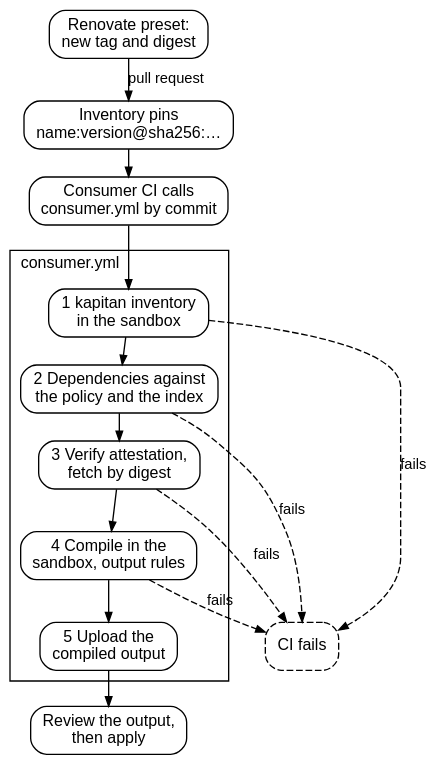
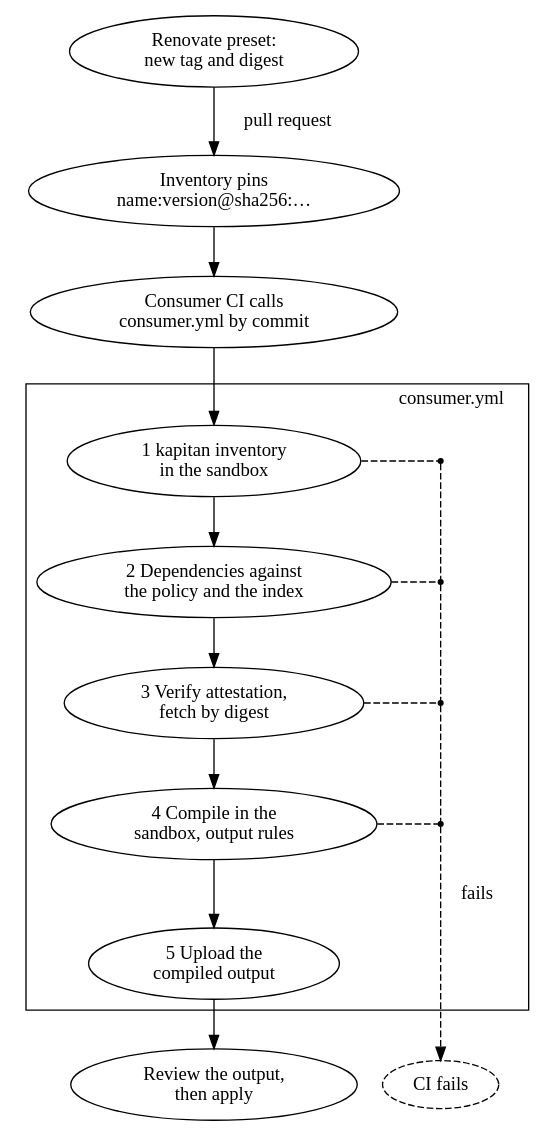
One commit to kadet-hub/registry changed the diagram in catalog/site/assets/diagrams/consuming.dot. Above: the diagram before and after it, drawn with Graphviz. The commit also changed 39 other files, not shown here.

First line of the commit message:
feat(catalog): Harbour head bands, spot drawings and diagrams on the inner pages

```diff
--- a/catalog/site/assets/diagrams/consuming.dot
+++ b/catalog/site/assets/diagrams/consuming.dot
@@ -1,33 +1,37 @@
-// CAT-35: using a generator. Rendered with Graphviz 14.1.4; ./render regenerates consuming.svg.
+// CAT-35: using a generator. Rendered with Graphviz 16.1.1; ./render sets the look the six diagrams share and regenerates consuming.svg.
 digraph consuming {
-  bgcolor=transparent; nodesep=0.3; ranksep=0.28;
-  fontname="Helvetica,Arial,sans-serif"; fontsize=12; labeljust=l;
-  node [shape=box style=rounded fontname="Helvetica,Arial,sans-serif" fontsize=12 margin="0.12,0.05"];
-  edge [fontname="Helvetica,Arial,sans-serif" fontsize=11 arrowsize=0.7];
-
+  node [group="flow"];
   renovate [label="Renovate preset:\nnew tag and digest"];
   entry [label="Inventory pins\nname:version@sha256:…"];
-  renovate -> entry [label="pull request"];
+  renovate -> entry [label="   pull request   "];
   ci [label="Consumer CI calls\nconsumer.yml by commit"];
   entry -> ci;
 
   subgraph cluster_workflow {
-    label="consumer.yml";
+    label="consumer.yml"; labeljust=r;
     inventory [label="1 kapitan inventory\nin the sandbox"];
     deps [label="2 Dependencies against\nthe policy and the index"];
-    fetch [label="3 Verify attestation,\nfetch by digest"];
+    fetch [label="3 Verify attestation,\nfetch by digest" class="ok"];
     compile [label="4 Compile in the\nsandbox, output rules"];
     upload [label="5 Upload the\ncompiled output"];
     inventory -> deps -> fetch -> compile -> upload;
+
+    // one line collects the failure of every step and leaves the workflow at its end
+    node [group="fails" shape=point width=0.05 class="fail"];
+    edge [class="fail" style=dashed arrowhead=none weight=5];
+    {rank=same; inventory -> f1}
+    {rank=same; deps -> f2}
+    {rank=same; fetch -> f3}
+    {rank=same; compile -> f4}
+    {rank=same; upload; out [style=invis width=0]}
+    f1 -> f2 -> f3 -> f4;
+    f4 -> out [label="   fails   "];
   }
   ci -> inventory;
 
-  failed [label="CI fails" class="fail" style="rounded,dashed"];
-  inventory -> failed [label="fails" class="fail" style=dashed];
-  deps -> failed [label="fails" class="fail" style=dashed];
-  fetch -> failed [label="fails" class="fail" style=dashed];
-  compile -> failed [label="fails" class="fail" style=dashed];
+  failed [label="CI fails" group="fails" class="fail" style="rounded,dashed"];
+  out -> failed [class="fail" style=dashed];
 
   apply [label="Review the output,\nthen apply"];
   upload -> apply;
 }
```
